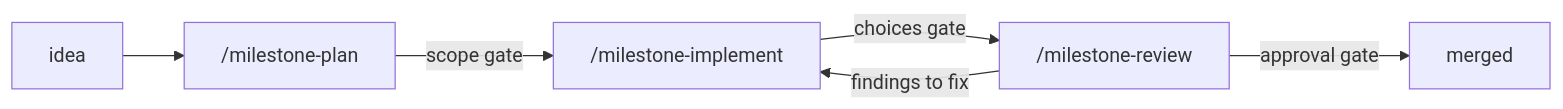
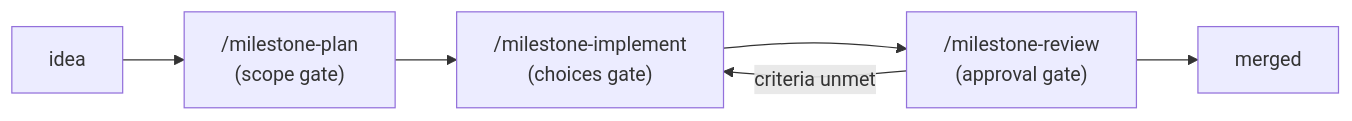
Before and after one commit to jmgirard/cairn: the diagram in README.md, drawn with Mermaid. The commit also changed 2 other files, not shown here.

Commit message:
M150 review: fix-now repair of five diff-bug findings

````diff
--- a/README.md
+++ b/README.md
@@ -77,8 +77,8 @@
 ```mermaid
 flowchart LR
-    idea["idea"] --> plan["/milestone-plan"]
-    plan -->|scope gate| implement["/milestone-implement"]
-    implement -->|choices gate| review["/milestone-review"]
-    review -->|approval gate| merged["merged"]
-    review -->|findings to fix| implement
+    idea["idea"] --> plan["/milestone-plan<br>(scope gate)"]
+    plan --> implement["/milestone-implement<br>(choices gate)"]
+    implement --> review["/milestone-review<br>(approval gate)"]
+    review --> merged["merged"]
+    review -->|criteria unmet| implement
 ```
````
